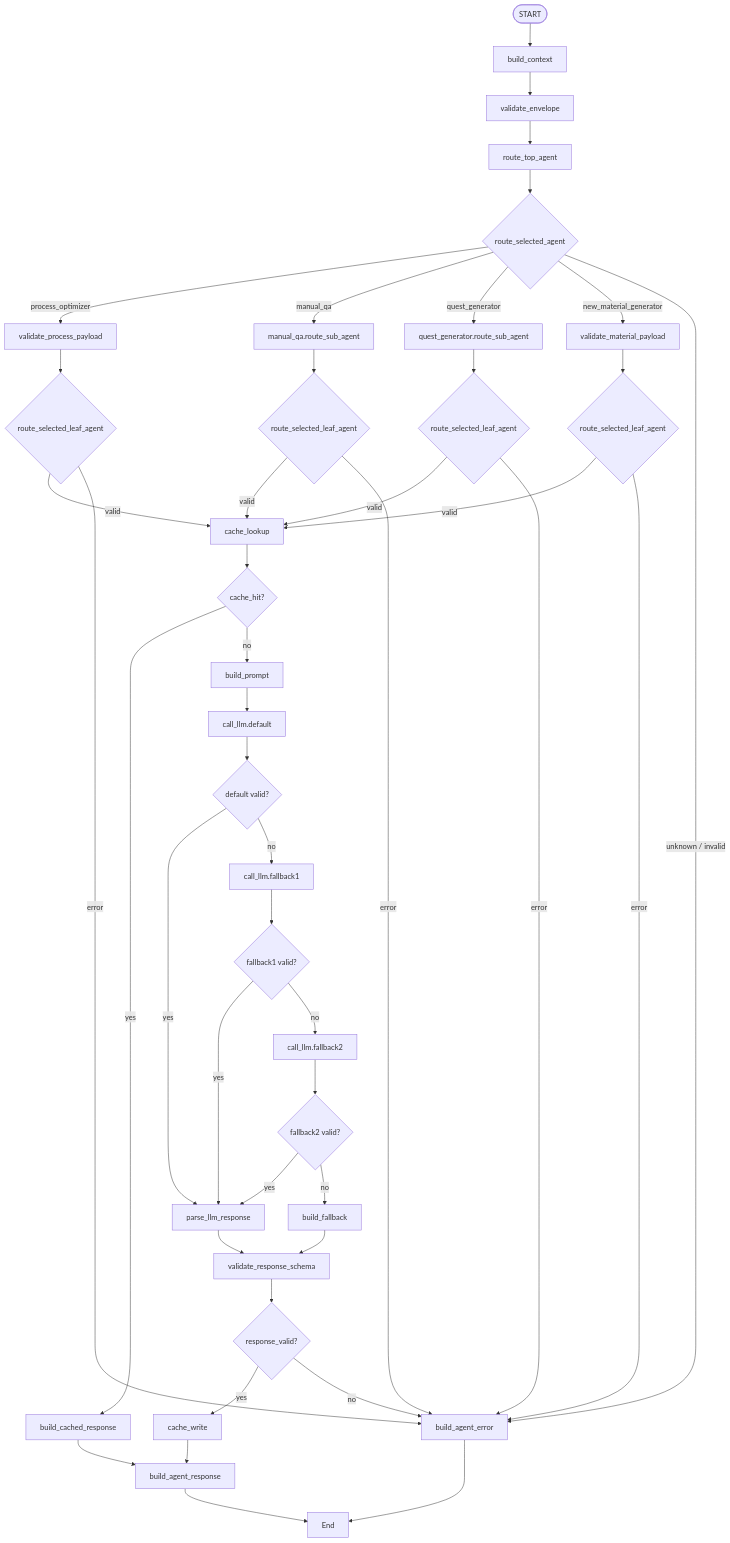
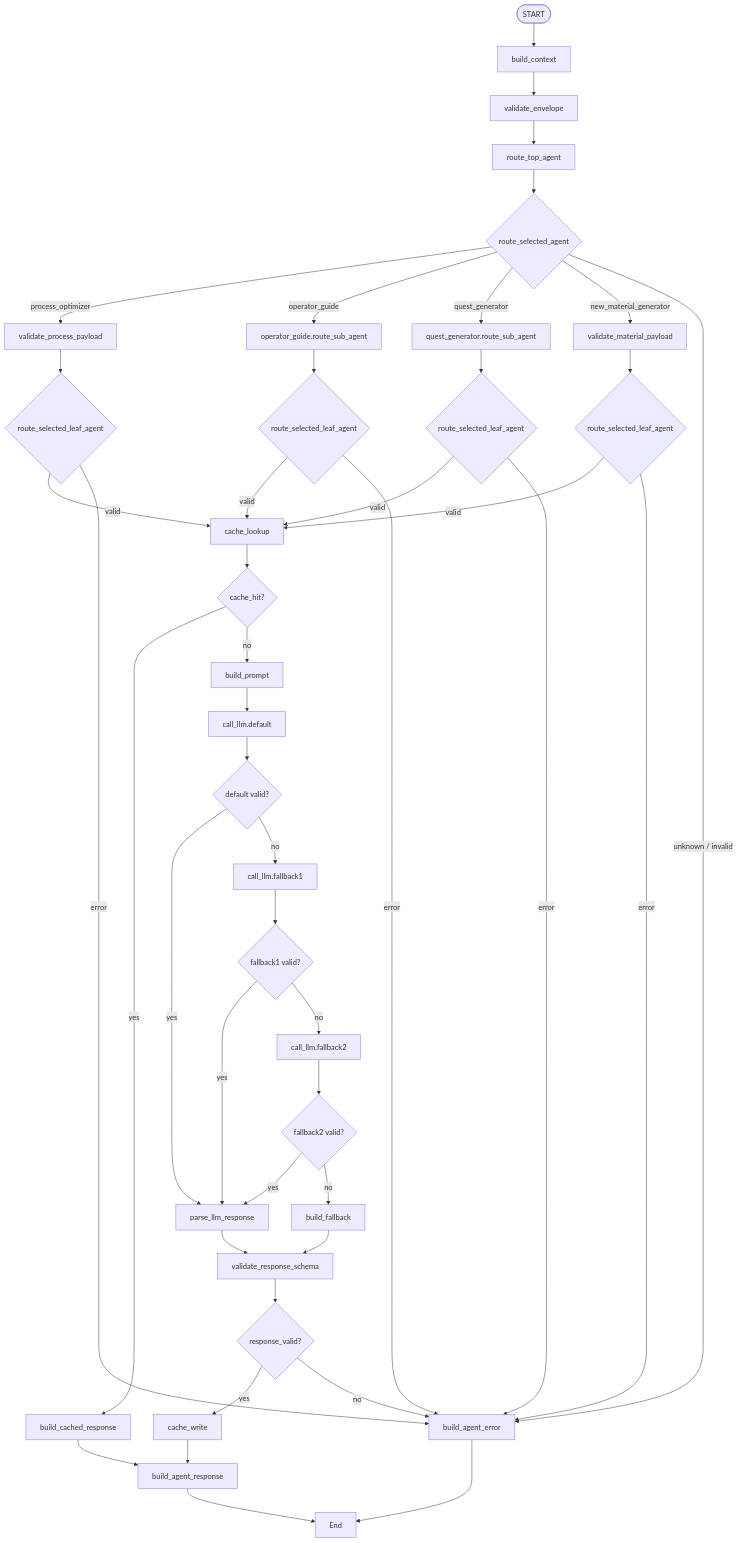
One commit to PU3-Lab/factory-space changed the diagram in backend/src/FOLDER_ROLES.md. Above: the diagram before and after it, drawn with Mermaid. The commit also changed other lines of this file and 25 other files, not shown here.

Commit message:
Refs #19 manual_qa를 operator_guide로 변경

````diff
--- a/backend/src/FOLDER_ROLES.md
+++ b/backend/src/FOLDER_ROLES.md
@@ -262,53 +262,53 @@
 ```mermaid
 flowchart TD
     Start([START]) --> BuildContext[build_context]
     BuildContext --> ValidateEnvelope[validate_envelope]
     ValidateEnvelope --> RouteTopAgent[route_top_agent]
     RouteTopAgent --> RouteSelectedAgent{route_selected_agent}
 
     RouteSelectedAgent -->|process_optimizer| ProcessPayload[validate_process_payload]
-    RouteSelectedAgent -->|manual_qa| ManualRoute[manual_qa.route_sub_agent]
+    RouteSelectedAgent -->|operator_guide| OperatorGuideRoute[operator_guide.route_sub_agent]
     RouteSelectedAgent -->|quest_generator| QuestRoute[quest_generator.route_sub_agent]
     RouteSelectedAgent -->|new_material_generator| MaterialPayload[validate_material_payload]
     RouteSelectedAgent -->|unknown / invalid| ErrorNode[build_agent_error]
 
     ProcessPayload --> ProcessLeafResult{route_selected_leaf_agent}
-    ManualRoute --> ManualLeafResult{route_selected_leaf_agent}
+    OperatorGuideRoute --> OperatorGuideLeafResult{route_selected_leaf_agent}
     QuestRoute --> QuestLeafResult{route_selected_leaf_agent}
     MaterialPayload --> MaterialLeafResult{route_selected_leaf_agent}
 
     ProcessLeafResult -->|valid| CacheLookup[cache_lookup]
-    ManualLeafResult -->|valid| CacheLookup
+    OperatorGuideLeafResult -->|valid| CacheLookup
     QuestLeafResult -->|valid| CacheLookup
     MaterialLeafResult -->|valid| CacheLookup
     ProcessLeafResult -->|error| ErrorNode
-    ManualLeafResult -->|error| ErrorNode
+    OperatorGuideLeafResult -->|error| ErrorNode
     QuestLeafResult -->|error| ErrorNode
     MaterialLeafResult -->|error| ErrorNode
 
     CacheLookup --> CacheDecision{cache_hit?}
     CacheDecision -->|yes| BuildCachedResponse[build_cached_response]
     CacheDecision -->|no| BuildPrompt[build_prompt]
 
     BuildPrompt --> DefaultLLM[call_llm.default]
     DefaultLLM --> DefaultDecision{default valid?}
     DefaultDecision -->|yes| ParseLLM[parse_llm_response]
     DefaultDecision -->|no| Fallback1LLM[call_llm.fallback1]
     Fallback1LLM --> Fallback1Decision{fallback1 valid?}
     Fallback1Decision -->|yes| ParseLLM
     Fallback1Decision -->|no| Fallback2LLM[call_llm.fallback2]
     Fallback2LLM --> Fallback2Decision{fallback2 valid?}
     Fallback2Decision -->|yes| ParseLLM
     Fallback2Decision -->|no| BuildFallback[build_fallback]
     ParseLLM --> ValidateResponse[validate_response_schema]
     BuildFallback --> ValidateResponse
 
     ValidateResponse --> ResponseDecision{response_valid?}
     ResponseDecision -->|yes| CacheWrite[cache_write]
     ResponseDecision -->|no| ErrorNode
 
     CacheWrite --> BuildResponse[build_agent_response]
     BuildCachedResponse --> BuildResponse
     BuildResponse --> End
     ErrorNode --> End
 ```
````
